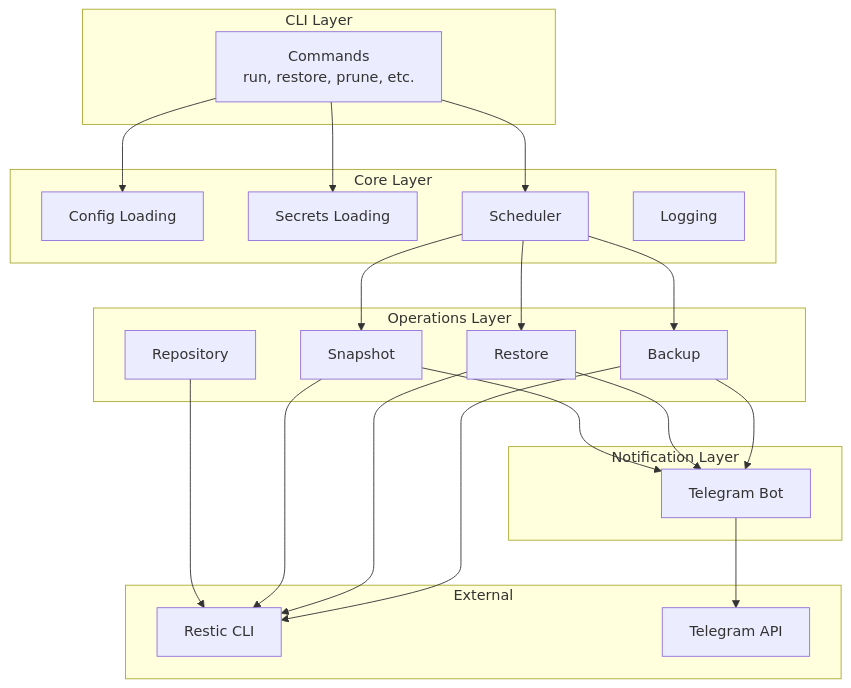
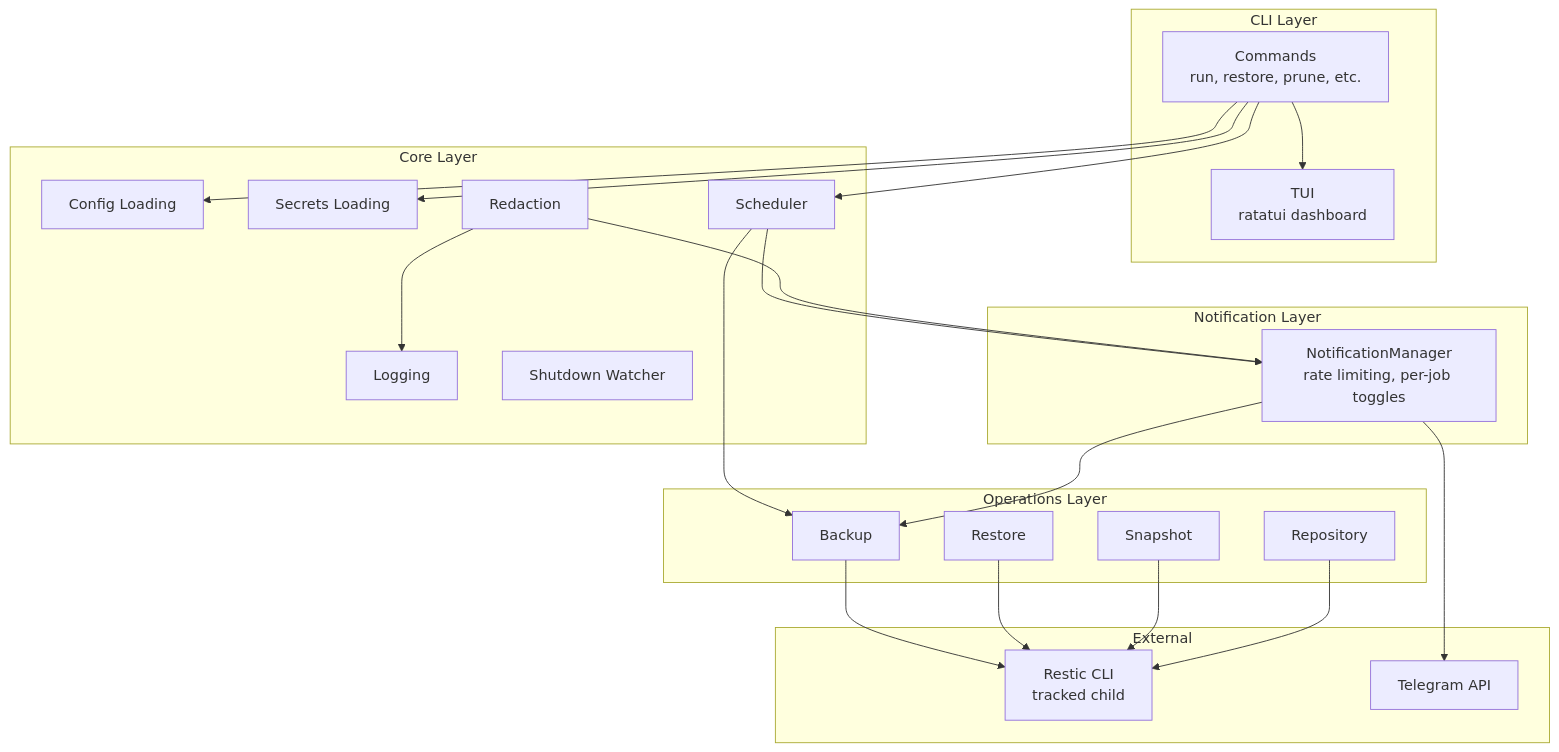
Before and after one commit to gdellis/restic-manager: the first of 4 diagrams in DESIGN.md, drawn with Mermaid. The commit also changed other lines of this file and 1 other file, not shown here.

First line of the commit message:
docs: refresh README and DESIGN architecture diagrams (#148)

````diff
--- a/DESIGN.md
+++ b/DESIGN.md
@@ -9,47 +9,49 @@
 ```mermaid
 flowchart TB
     subgraph CLI["CLI Layer"]
         commands[Commands<br/>run, restore, prune, etc.]
+        tui[TUI<br/>ratatui dashboard]
     end
 
     subgraph Core["Core Layer"]
         config[Config Loading]
         secrets[Secrets Loading]
+        redact[Redaction]
         scheduler[Scheduler]
         logging[Logging]
+        shutdown[Shutdown Watcher]
     end
 
     subgraph Operations["Operations Layer"]
         backup[Backup]
         restore[Restore]
         snapshot[Snapshot]
         repository[Repository]
     end
 
     subgraph Notifications["Notification Layer"]
-        telegram[Telegram Bot]
+        notifications[NotificationManager<br/>rate limiting, per-job toggles]
     end
 
     subgraph External["External"]
-        restic[Restic CLI]
+        restic[Restic CLI<br/>tracked child]
         tg_api[Telegram API]
     end
 
     commands --> config
     commands --> secrets
     commands --> scheduler
+    commands --> tui
     scheduler --> backup
-    scheduler --> restore
-    scheduler --> snapshot
+    scheduler --> notifications
+    notifications --> backup
 
     backup --> restic
     restore --> restic
     snapshot --> restic
     repository --> restic
 
-    backup --> telegram
-    restore --> telegram
-    snapshot --> telegram
-
-    telegram --> tg_api
+    redact --> logging
+    redact --> notifications
+    notifications --> tg_api
 ```
````
